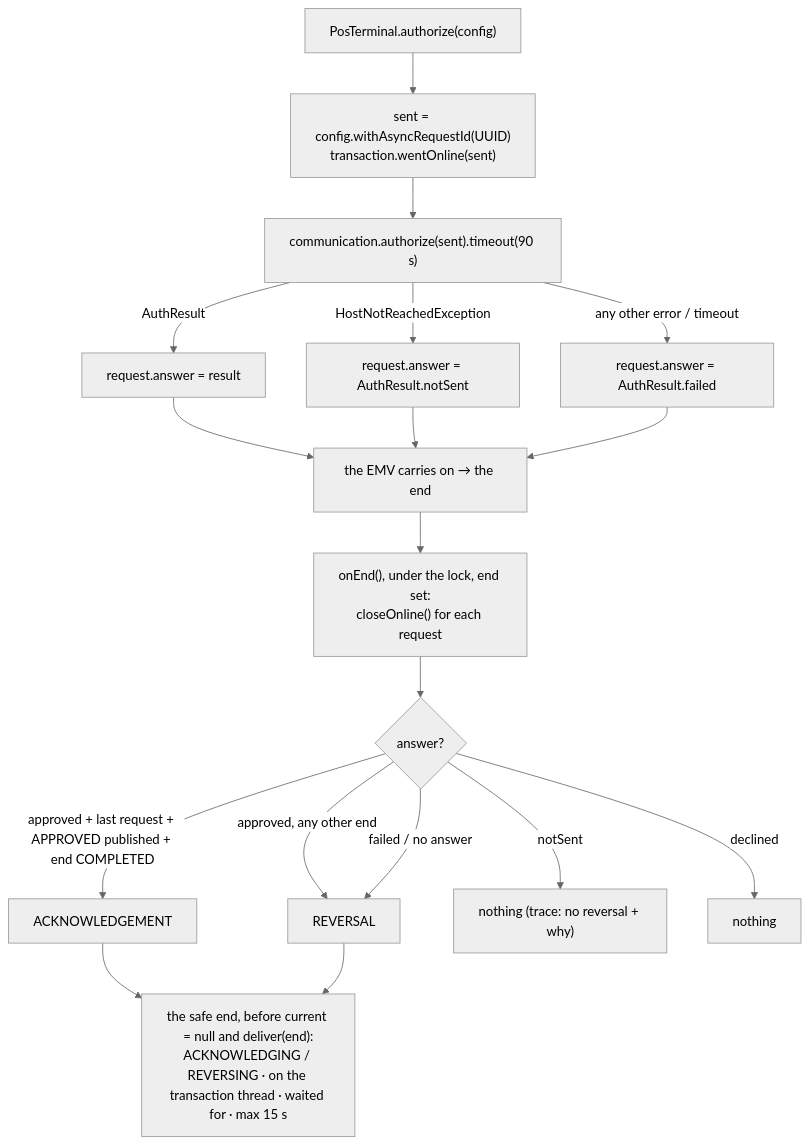
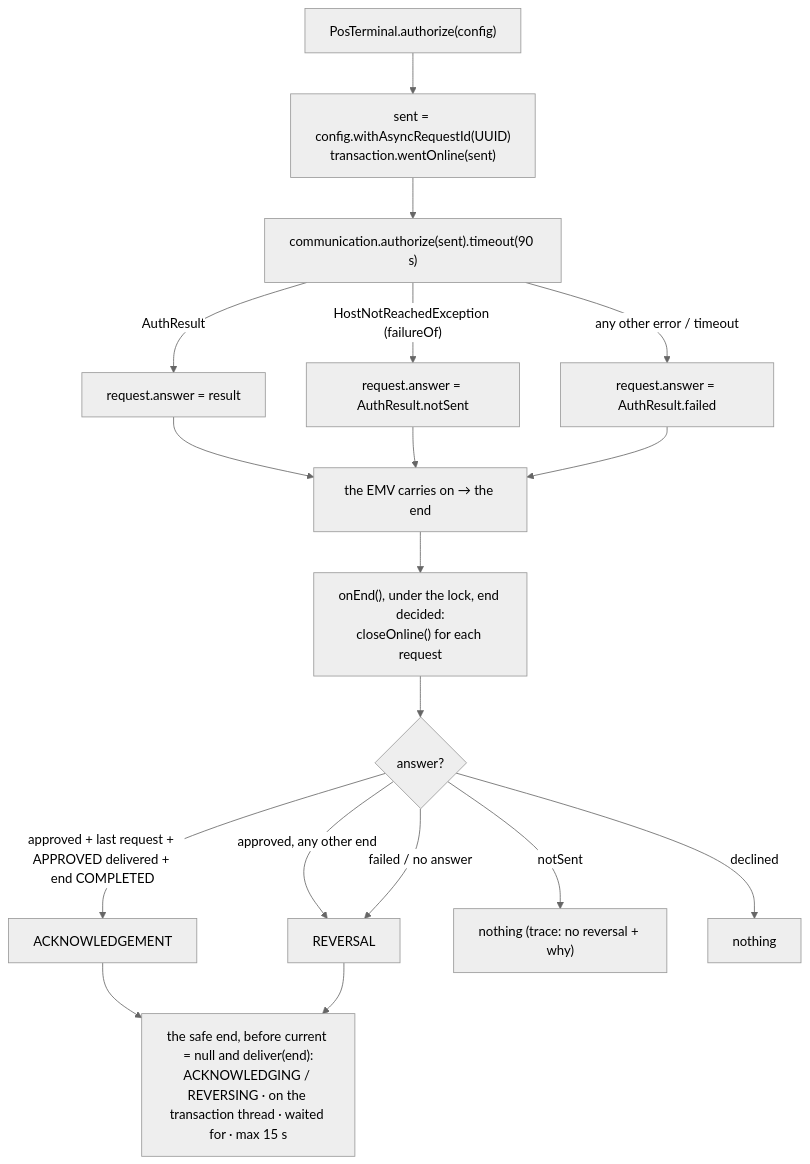
One commit to berothomas33/esaylinkrefactor changed the third of 11 diagrams in doc/REFERENCE.md. Above: the diagram before and after it, drawn with Mermaid (neutral theme). The commit also changed other lines of this file, not shown here.

````diff
--- a/doc/REFERENCE.md
+++ b/doc/REFERENCE.md
@@ -424,17 +445,17 @@
 ```mermaid
 flowchart TD
   A["PosTerminal.authorize(config)"] --> N["sent = config.withAsyncRequestId(UUID)<br/>transaction.wentOnline(sent)"]
   N --> C["communication.authorize(sent).timeout(90 s)"]
   C -- "AuthResult" --> R["request.answer = result"]
-  C -- "HostNotReachedException" --> NS["request.answer = AuthResult.notSent"]
+  C -- "HostNotReachedException (failureOf)" --> NS["request.answer = AuthResult.notSent"]
   C -- "any other error / timeout" --> F["request.answer = AuthResult.failed"]
   R & NS & F --> E["the EMV carries on → the end"]
-  E --> CO["onEnd(), under the lock, end set:<br/>closeOnline() for each request"]
+  E --> CO["onEnd(), under the lock, end decided:<br/>closeOnline() for each request"]
   CO --> D{"answer?"}
-  D -- "approved + last request + APPROVED published + end COMPLETED" --> ACK["ACKNOWLEDGEMENT"]
+  D -- "approved + last request + APPROVED delivered + end COMPLETED" --> ACK["ACKNOWLEDGEMENT"]
   D -- "approved, any other end" --> REV["REVERSAL"]
   D -- "failed / no answer" --> REV
   D -- "notSent" --> NO1["nothing (trace: no reversal + why)"]
   D -- "declined" --> NO2["nothing"]
   ACK & REV --> FU["the safe end, before current = null and deliver(end):<br/>ACKNOWLEDGING / REVERSING · on the transaction thread · waited for · max 15 s"]
 ```
````
